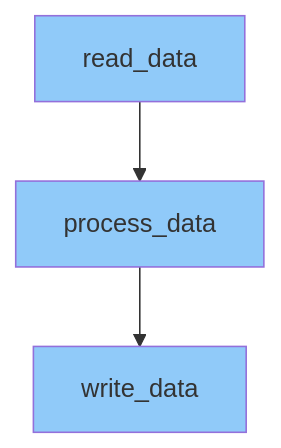
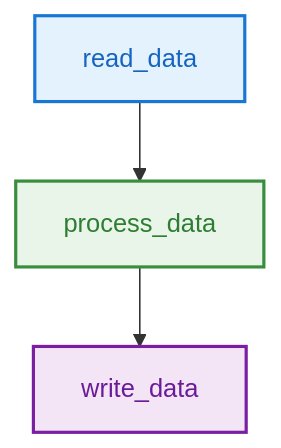
One commit to quantalogic/quantalogic changed the third of 6 diagrams in quantalogic_flow/README.md. Above: the diagram before and after it, drawn with Mermaid. The commit also changed other lines of this file and 1 other file, not shown here.

Commit message:
style: update color scheme for Mermaid diagrams to enhance readability and accessibility

````diff
--- a/quantalogic_flow/README.md
+++ b/quantalogic_flow/README.md
@@ -345,8 +349,8 @@
 ```mermaid
 graph TD
     A[read_data] --> B[process_data]
     B --> C[write_data]
-    style A fill:#90CAF9
-    style B fill:#90CAF9
-    style C fill:#90CAF9
+    style A fill:#E3F2FD,stroke:#1976D2,stroke-width:2px,color:#1565C0
+    style B fill:#E8F5E8,stroke:#388E3C,stroke-width:2px,color:#2E7D32
+    style C fill:#F3E5F5,stroke:#7B1FA2,stroke-width:2px,color:#6A1B9A
 ```
````
